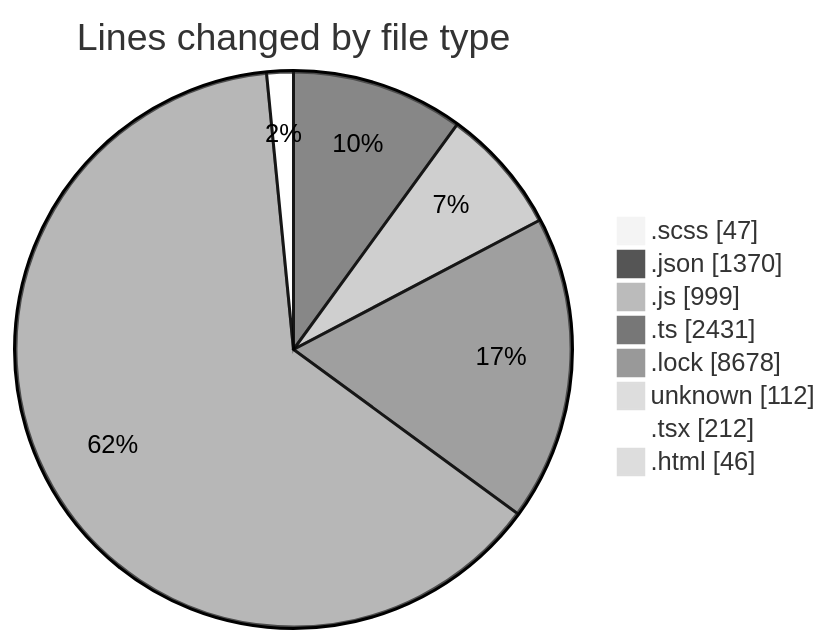
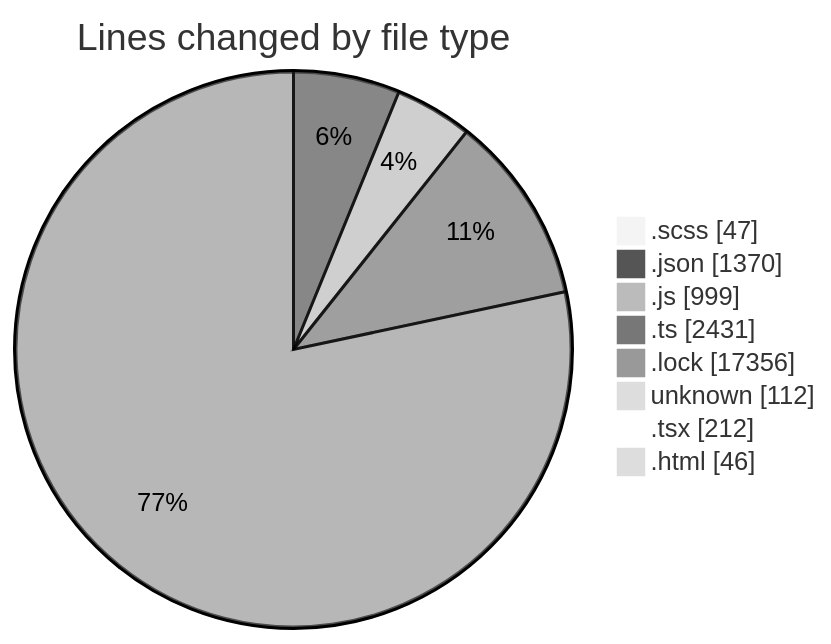
Before and after one commit to momahboobian/code-tracking: the first of 2 diagrams in 2026-04-21/cda/README.md, drawn with Mermaid (neutral theme). The commit also changed other lines of this file and 1 other file, not shown here.

````diff
--- a/2026-04-21/cda/README.md
+++ b/2026-04-21/cda/README.md
@@ -54,12 +54,12 @@
 ```mermaid
 pie showData
 title Lines changed by file type
 ".scss" : 47
 ".json" : 1370
 ".js" : 999
 ".ts" : 2431
-".lock" : 8678
+".lock" : 17356
 "unknown" : 112
 ".tsx" : 212
 ".html" : 46
 ```
````
